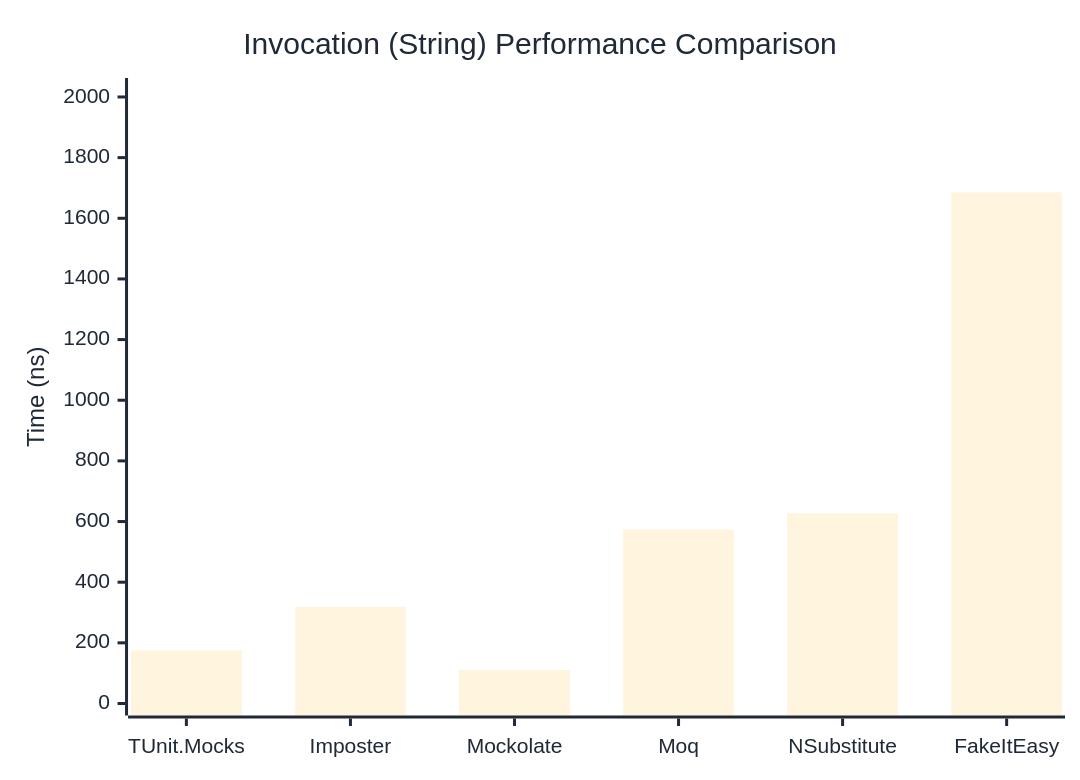
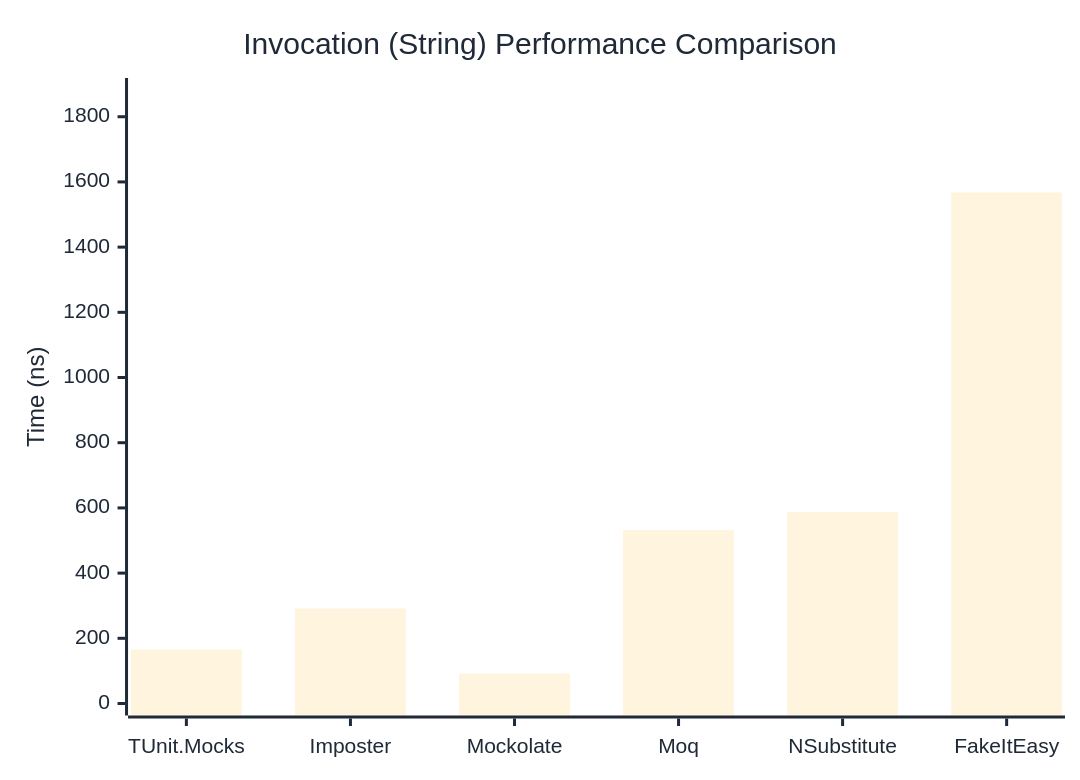
Before and after one commit to thomhurst/TUnit: the second of 3 diagrams in docs/docs/benchmarks/mocks/Invocation.md, drawn with Mermaid. The commit also changed other lines of this file and 14 other files, not shown here.

````diff
--- a/docs/docs/benchmarks/mocks/Invocation.md
+++ b/docs/docs/benchmarks/mocks/Invocation.md
@@ -71,27 +71,27 @@
 ```mermaid
 %%{init: {
   'theme':'base',
   'themeVariables': {
     'primaryColor': '#2563eb',
     'primaryTextColor': '#1f2937',
     'primaryBorderColor': '#1e40af',
     'lineColor': '#6b7280',
     'secondaryColor': '#7c3aed',
     'tertiaryColor': '#dc2626',
     'background': '#ffffff',
     'pie1': '#2563eb',
     'pie2': '#7c3aed',
     'pie3': '#dc2626',
     'pie4': '#f59e0b',
     'pie5': '#10b981',
     'pie6': '#06b6d4',
     'pie7': '#ec4899',
     'pie8': '#6366f1'
   }
 }}%%
 xychart-beta
   title "Invocation (String) Performance Comparison"
   x-axis ["TUnit.Mocks", "Imposter", "Mockolate", "Moq", "NSubstitute", "FakeItEasy"]
-  y-axis "Time (ns)" 0 --> 2023
-  bar [174.9, 319, 110.4, 573.5, 627.4, 1685.4]
+  y-axis "Time (ns)" 0 --> 1882
+  bar [165.79, 291.43, 91.73, 532.28, 587.14, 1567.77]
 ```
````
